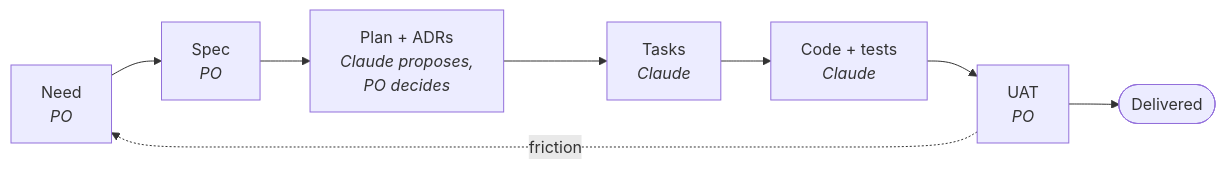
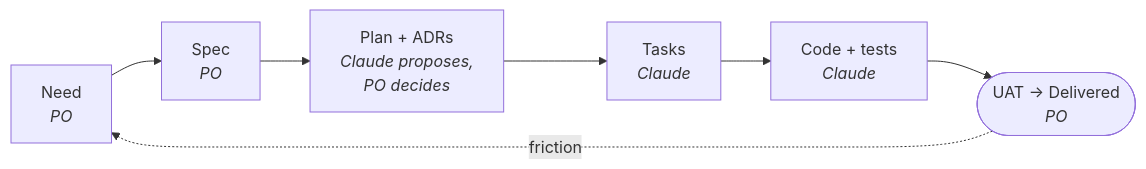
Before and after one commit to AlexLeQc/SprintYourLife: the diagram in README.md, drawn with Mermaid.

Commit message:
docs(003): T01 diagram fits without overlap

````diff
--- a/README.md
+++ b/README.md
@@ -32,10 +32,9 @@
 ```mermaid
 flowchart LR
     A["Need<br/><i>PO</i>"] --> B["Spec<br/><i>PO</i>"]
     B --> C["Plan + ADRs<br/><i>Claude proposes,<br/>PO decides</i>"]
     C --> D["Tasks<br/><i>Claude</i>"]
     D --> E["Code + tests<br/><i>Claude</i>"]
-    E --> F["UAT<br/><i>PO</i>"]
-    F --> G(["Delivered"])
+    E --> F(["UAT → Delivered<br/><i>PO</i>"])
     F -. friction .-> A
 ```
````
